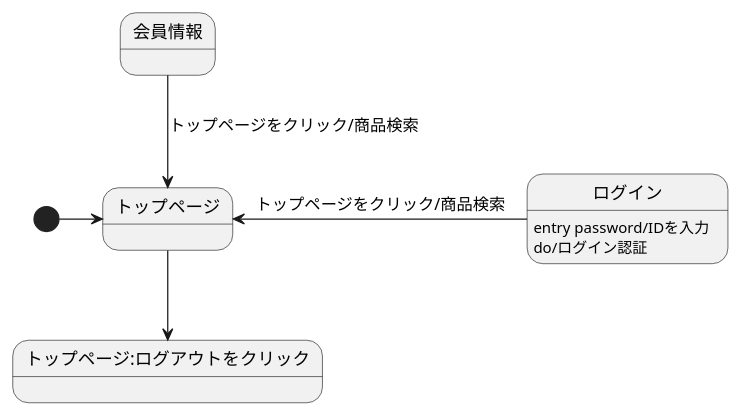
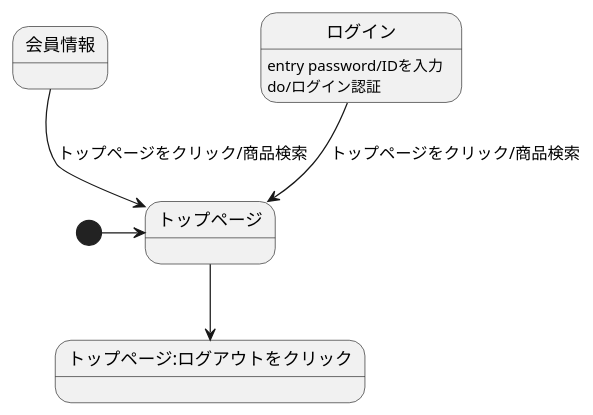
One commit to Aso2001388/2021sys-design changed the diagram in stm01.md. Above: the diagram before and after it, drawn with PlantUML.

````diff
--- a/stm01.md
+++ b/stm01.md
@@ -1,10 +1,10 @@
 ```uml
 @startuml
 [*]->トップページ
 会員情報-->トップページ:トップページをクリック/商品検索
-ログイン-left->トップページ:トップページをクリック/商品検索
+ログイン-->トップページ:トップページをクリック/商品検索
 ログイン: entry password/IDを入力
 ログイン:do/ログイン認証
 トップページ-->トップページ:ログアウトをクリック
 @enduml
 ```
````
